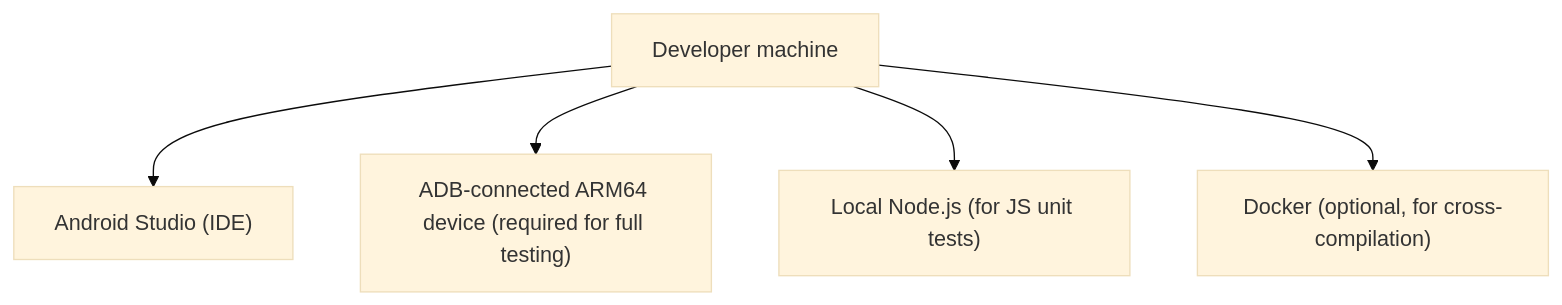
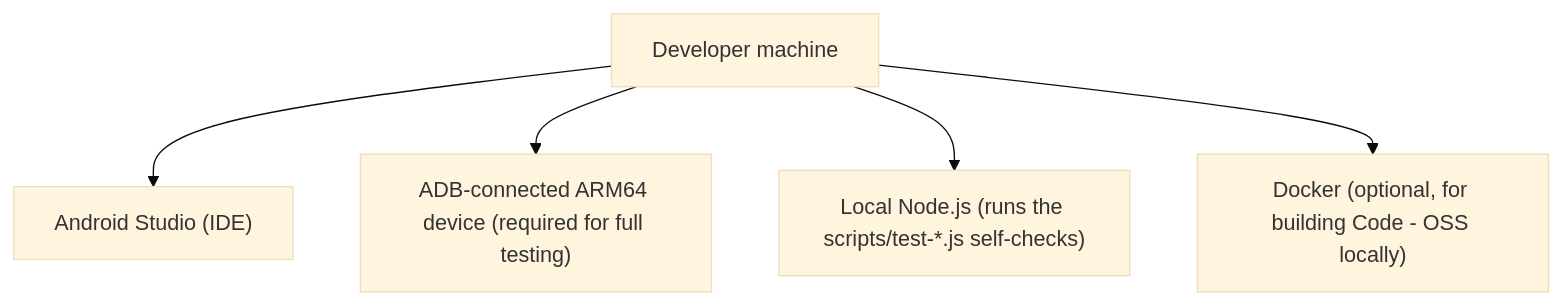
The third of 3 diagrams in docs/07-TESTING_STRATEGY.md (cuixinyuan666/vscodroid), drawn with Mermaid (base theme) before and after one commit. The commit also changed other lines of this file and 11 other files, not shown here.

````diff
--- a/docs/07-TESTING_STRATEGY.md
+++ b/docs/07-TESTING_STRATEGY.md
@@ -197,7 +231,7 @@
 ```mermaid
 flowchart TD
   DEV["Developer machine"] --> D1["Android Studio (IDE)"]
   DEV --> D2["ADB-connected ARM64 device (required for full testing)"]
-  DEV --> D3["Local Node.js (for JS unit tests)"]
-  DEV --> D4["Docker (optional, for cross-compilation)"]
+  DEV --> D3["Local Node.js (runs the scripts/test-*.js self-checks)"]
+  DEV --> D4["Docker (optional, for building Code - OSS locally)"]
 ```
````
